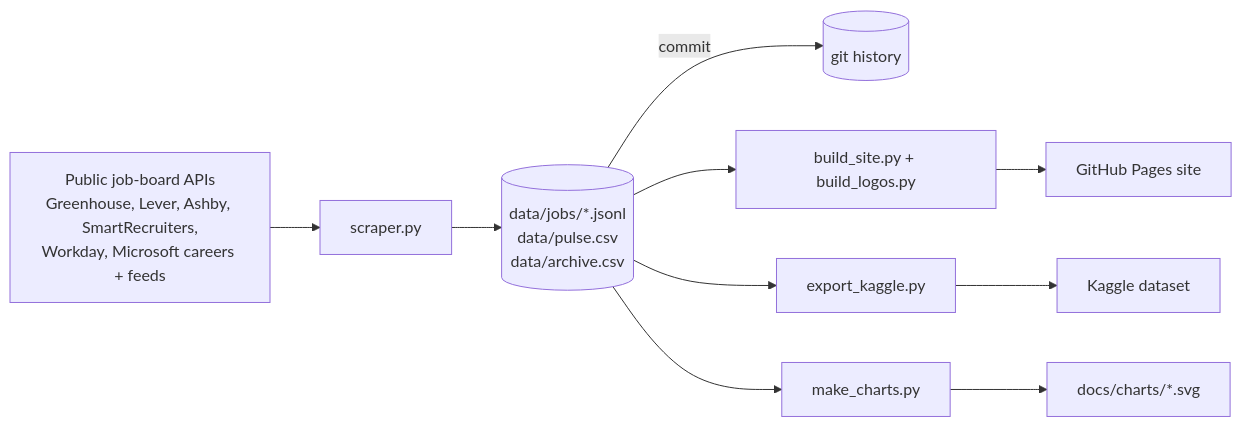
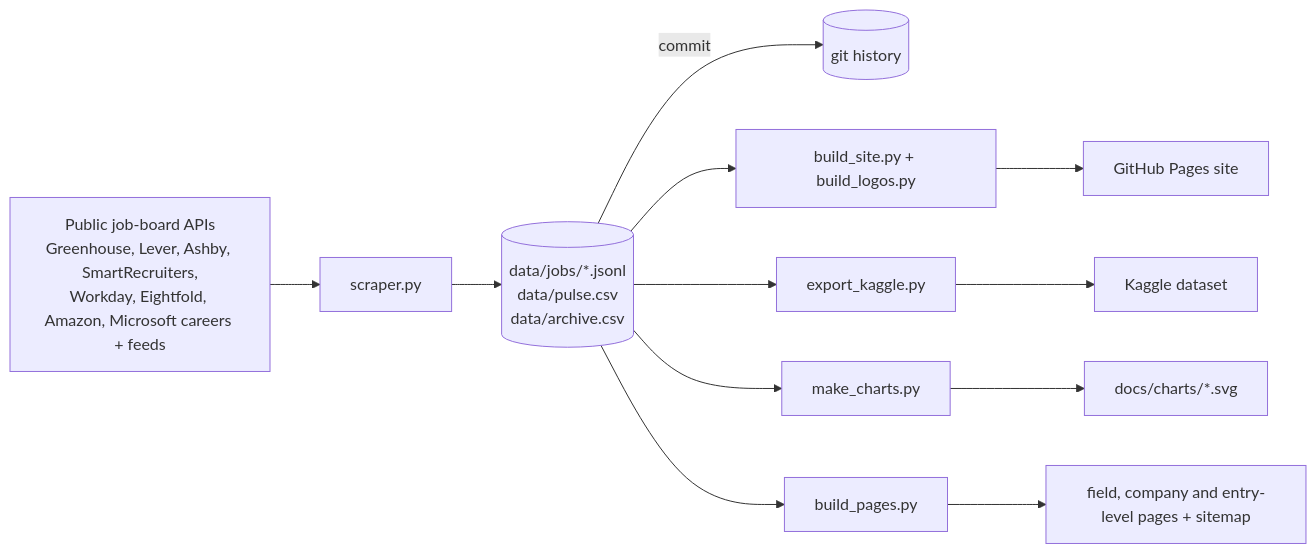
The diagram in README.md (chandranshB/roleBase), drawn with Mermaid before and after one commit. The commit also changed other lines of this file and 3 other files, not shown here.

````diff
--- a/README.md
+++ b/README.md
@@ -71,9 +71,10 @@
 ```mermaid
 flowchart LR
-  A["Public job-board APIs<br/>Greenhouse, Lever, Ashby, SmartRecruiters,<br/>Workday, Microsoft careers + feeds"] --> B[scraper.py]
+  A["Public job-board APIs<br/>Greenhouse, Lever, Ashby, SmartRecruiters,<br/>Workday, Eightfold, Amazon, Microsoft careers + feeds"] --> B[scraper.py]
   B --> C[("data/jobs/*.jsonl<br/>data/pulse.csv<br/>data/archive.csv")]
   C -->|commit| G[(git history)]
   C --> D[build_site.py + build_logos.py] --> E[GitHub Pages site]
   C --> F[export_kaggle.py] --> H[Kaggle dataset]
   C --> I[make_charts.py] --> J[docs/charts/*.svg]
+  C --> K[build_pages.py] --> L[field, company and entry-level pages + sitemap]
 ```
````
